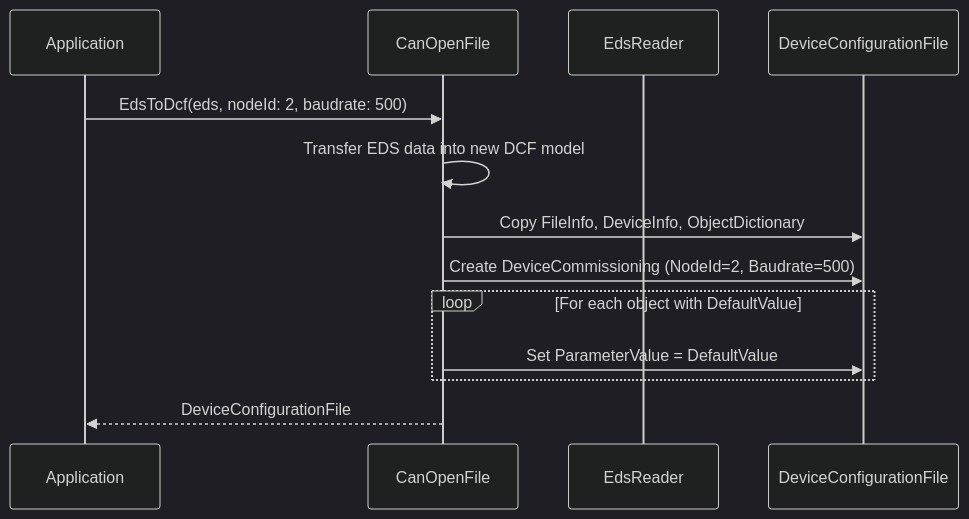
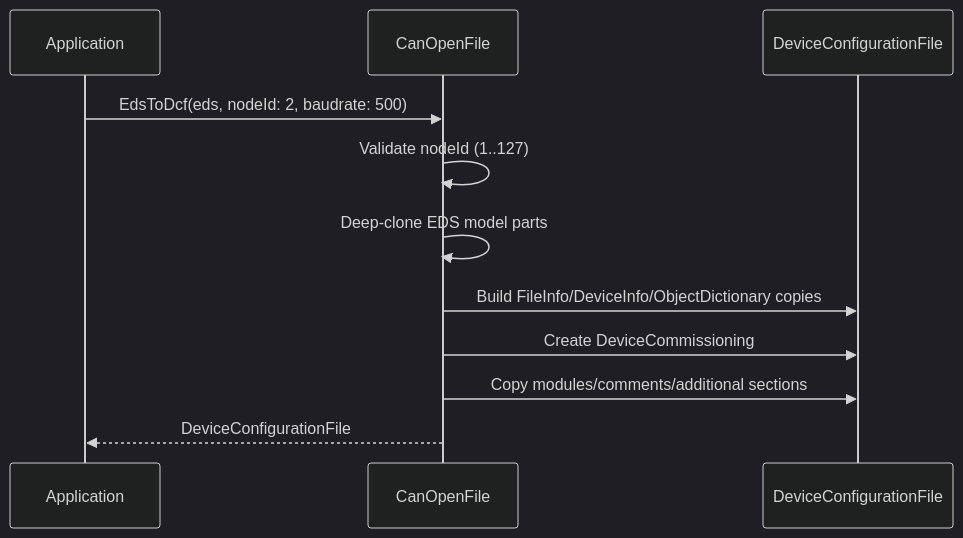
One commit to dborgards/eds-dcf-net changed the second of 7 diagrams in docs/architecture/06-runtime-view.md. Above: the diagram before and after it, drawn with Mermaid (dark theme). The commit also changed other lines of this file and 14 other files, not shown here.

Commit message:
docs: align readme and architecture with current format support (#65)

````diff
--- a/docs/architecture/06-runtime-view.md
+++ b/docs/architecture/06-runtime-view.md
@@ -38,18 +32,14 @@
 ```mermaid
 sequenceDiagram
     participant App as Application
     participant CF as CanOpenFile
-    participant ER as EdsReader
     participant Model as DeviceConfigurationFile
 
     App->>CF: EdsToDcf(eds, nodeId: 2, baudrate: 500)
-    CF->>CF: Transfer EDS data into new DCF model
-    CF->>Model: Copy FileInfo, DeviceInfo, ObjectDictionary
-    CF->>Model: Create DeviceCommissioning (NodeId=2, Baudrate=500)
-
-    loop For each object with DefaultValue
-        CF->>Model: Set ParameterValue = DefaultValue
-    end
-
+    CF->>CF: Validate nodeId (1..127)
+    CF->>CF: Deep-clone EDS model parts
+    CF->>Model: Build FileInfo/DeviceInfo/ObjectDictionary copies
+    CF->>Model: Create DeviceCommissioning
+    CF->>Model: Copy modules/comments/additional sections
     CF-->>App: DeviceConfigurationFile
 ```
````
